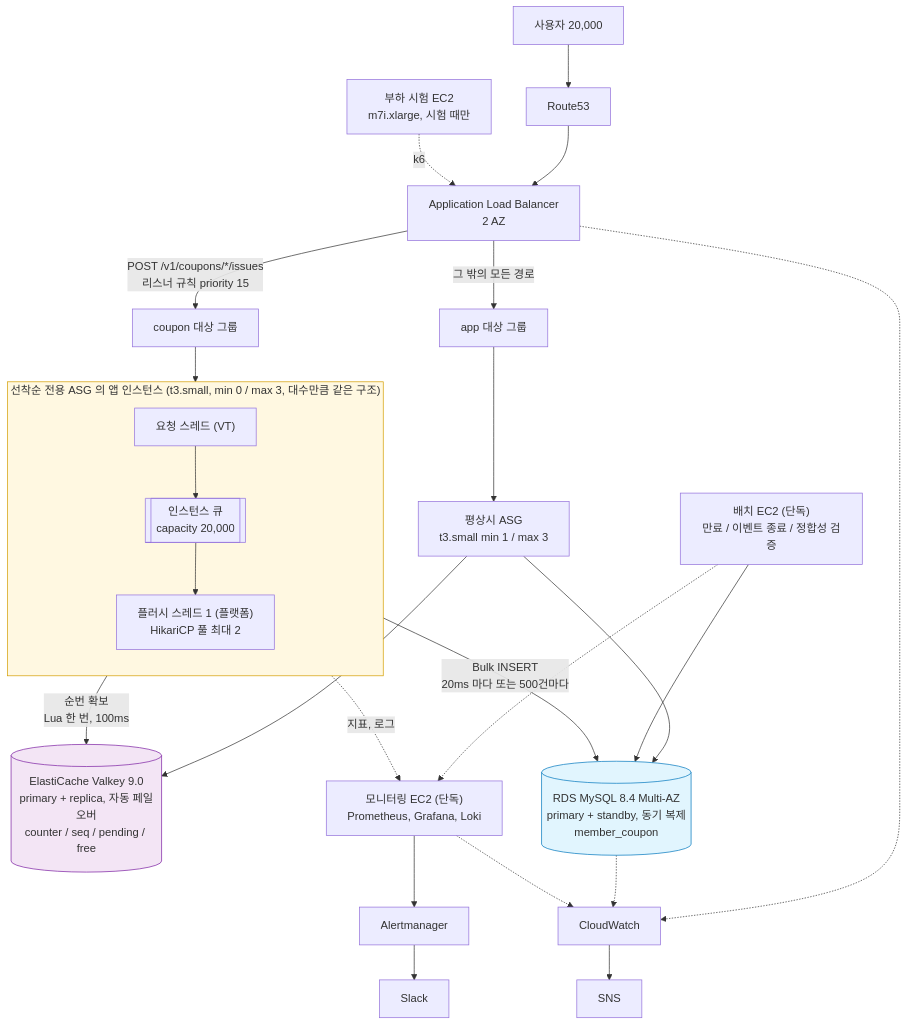
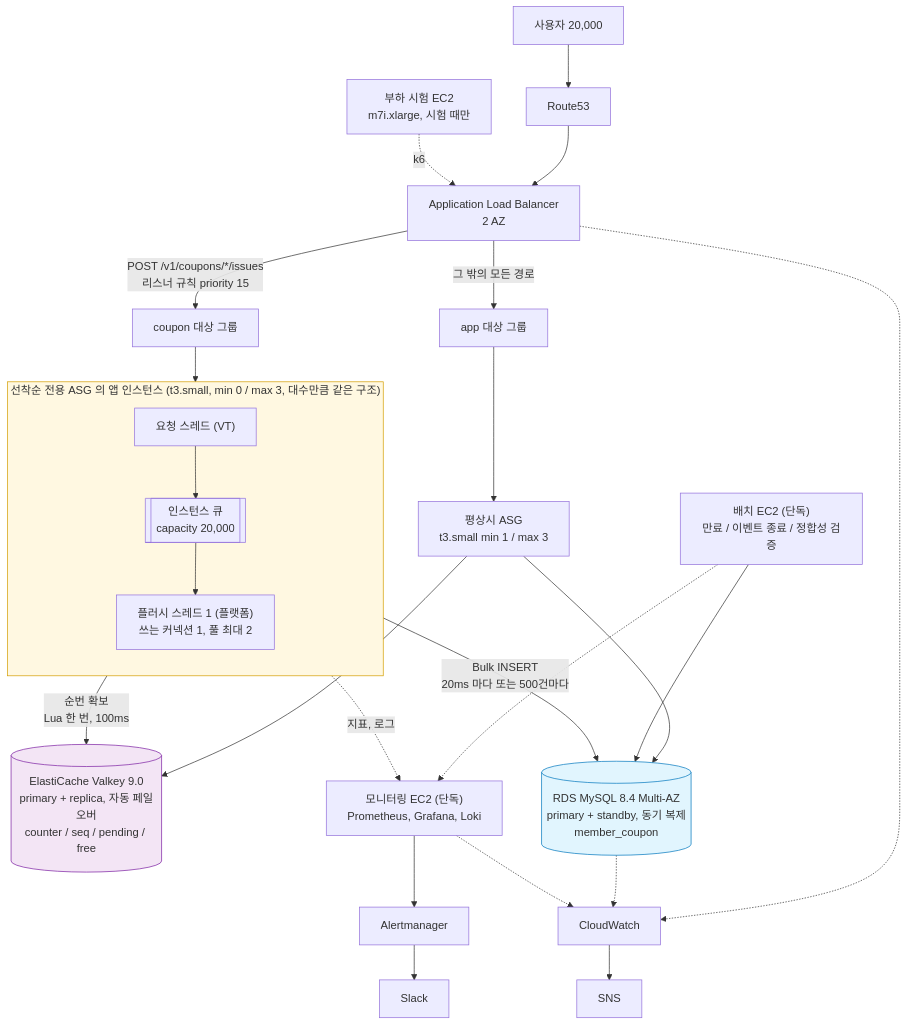
The first of 2 diagrams in README.md (fresh-market/fm-backend), drawn with Mermaid before and after one commit. The commit also changed other lines of this file and 1 other file, not shown here.

````diff
--- a/README.md
+++ b/README.md
@@ -253,38 +253,38 @@
 ```mermaid
 flowchart TB
     U["사용자 20,000"] --> R53["Route53"]
     R53 --> ALB["Application Load Balancer<br/>2 AZ"]
 
     ALB -->|"POST /v1/coupons/*/issues<br/>리스너 규칙 priority 15"| TGC["coupon 대상 그룹"]
     ALB -->|"그 밖의 모든 경로"| TGA["app 대상 그룹"]
     TGA --> ASGA["평상시 ASG<br/>t3.small  min 1 / max 3"]
 
     subgraph COUPON["선착순 전용 ASG 의 앱 인스턴스 (t3.small, min 0 / max 3, 대수만큼 같은 구조)"]
         direction TB
         VT["요청 스레드 (VT)"] --> Q1[["인스턴스 큐<br/>capacity 20,000"]]
-        Q1 --> F1["플러시 스레드 1 (플랫폼)<br/>HikariCP 풀 최대 2"]
+        Q1 --> F1["플러시 스레드 1 (플랫폼)<br/>쓰는 커넥션 1, 풀 최대 2"]
     end
     TGC --> VT
 
     CACHE[("ElastiCache Valkey 9.0<br/>primary + replica, 자동 페일오버<br/>counter / seq / pending / free")]
     RDS[("RDS MySQL 8.4 Multi-AZ<br/>primary + standby, 동기 복제<br/>member_coupon")]
 
     VT -->|"순번 확보<br/>Lua 한 번, 100ms"| CACHE
     F1 -->|"Bulk INSERT<br/>20ms 마다 또는 500건마다"| RDS
     ASGA --> RDS
     ASGA --> CACHE
 
     BATCH["배치 EC2 (단독)<br/>만료 / 이벤트 종료 / 정합성 검증"] --> RDS
     MON["모니터링 EC2 (단독)<br/>Prometheus, Grafana, Loki"]
     LT["부하 시험 EC2<br/>m7i.xlarge, 시험 때만"] -.->|"k6"| ALB
 
     COUPON -.->|"지표, 로그"| MON
     BATCH -.-> MON
     MON --> AM["Alertmanager"] --> SLACK["Slack"]
     ALB & RDS & MON -.-> CW["CloudWatch"]
     CW --> SNS["SNS"]
 
     style COUPON fill:#fff8e1,stroke:#d39e00
     style CACHE fill:#f3e5f5,stroke:#7b1fa2
     style RDS fill:#e1f5fe,stroke:#0277bd
 ```
````
